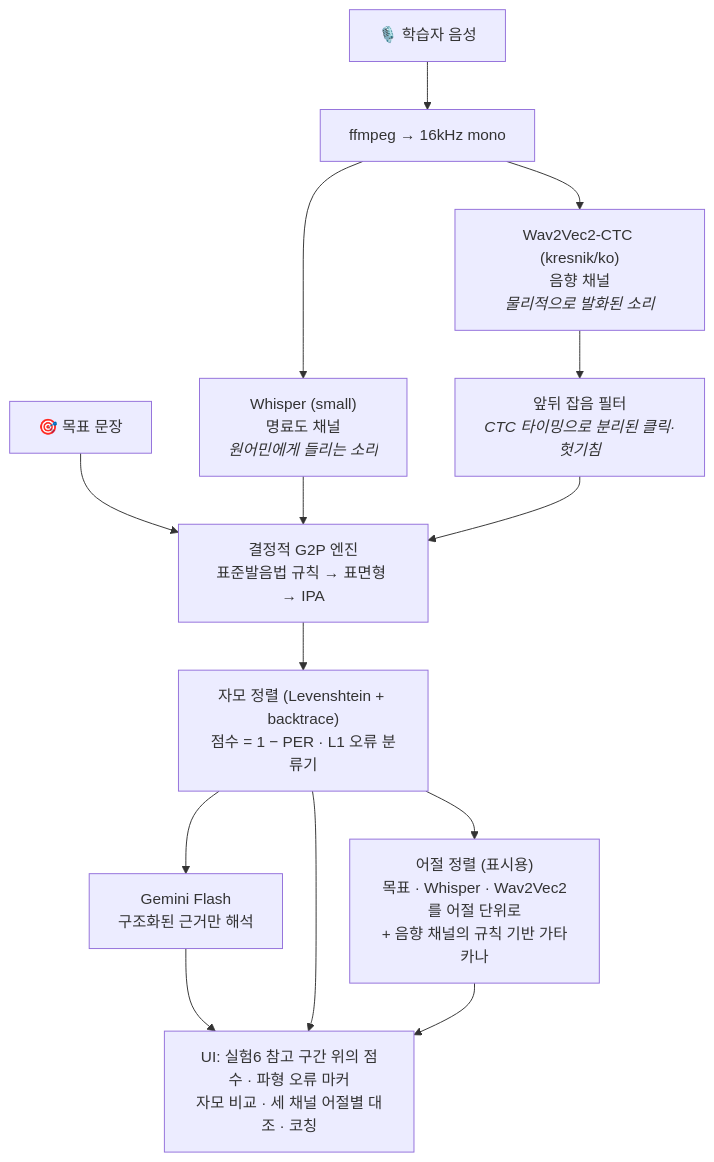
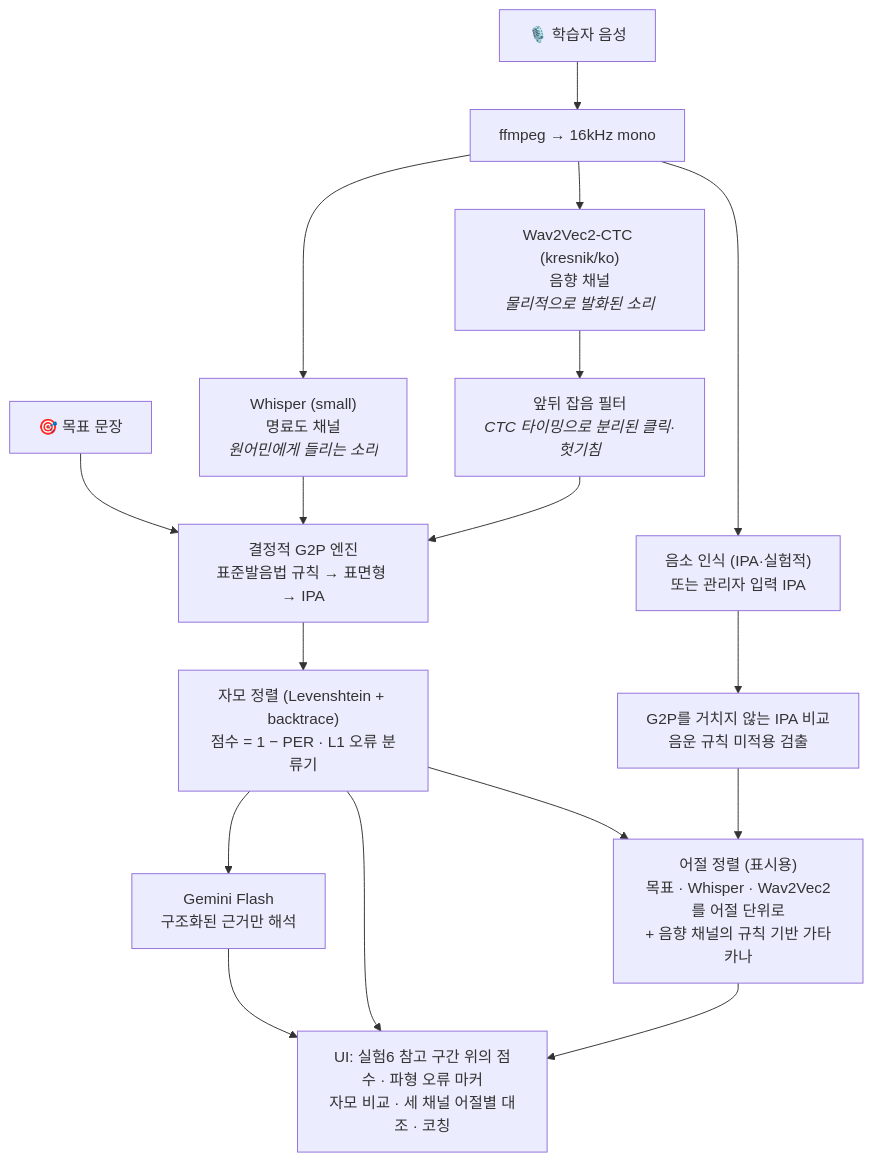
Before and after one commit to fairyofdata/PhonemeJP2KR: the diagram in README_kr.md, drawn with Mermaid. The commit also changed other lines of this file and 8 other files, not shown here.

````diff
--- a/README_kr.md
+++ b/README_kr.md
@@ -39,16 +40,19 @@
 ```mermaid
 flowchart TD
     A[🎙️ 학습자 음성] --> B[ffmpeg → 16kHz mono]
     B --> C["Whisper (small)<br/>명료도 채널<br/><i>원어민에게 들리는 소리</i>"]
     B --> D["Wav2Vec2-CTC (kresnik/ko)<br/>음향 채널<br/><i>물리적으로 발화된 소리</i>"]
     T[🎯 목표 문장] --> G
     C --> G["결정적 G2P 엔진<br/>표준발음법 규칙 → 표면형 → IPA"]
     D --> N["앞뒤 잡음 필터<br/><i>CTC 타이밍으로 분리된 클릭·헛기침</i>"]
     N --> G
     G --> S["자모 정렬 (Levenshtein + backtrace)<br/>점수 = 1 − PER · L1 오류 분류기"]
     S --> W["어절 정렬 (표시용)<br/>목표 · Whisper · Wav2Vec2를 어절 단위로<br/>+ 음향 채널의 규칙 기반 가타카나"]
+    B --> P["음소 인식 (IPA·실험적)<br/>또는 관리자 입력 IPA"]
+    P --> I["G2P를 거치지 않는 IPA 비교<br/>음운 규칙 미적용 검출"]
+    I --> W
     S --> L["Gemini Flash<br/>구조화된 근거만 해석"]
     L --> U["UI: 실험6 참고 구간 위의 점수 · 파형 오류 마커<br/>자모 비교 · 세 채널 어절별 대조 · 코칭"]
     S --> U
     W --> U
 ```
````
